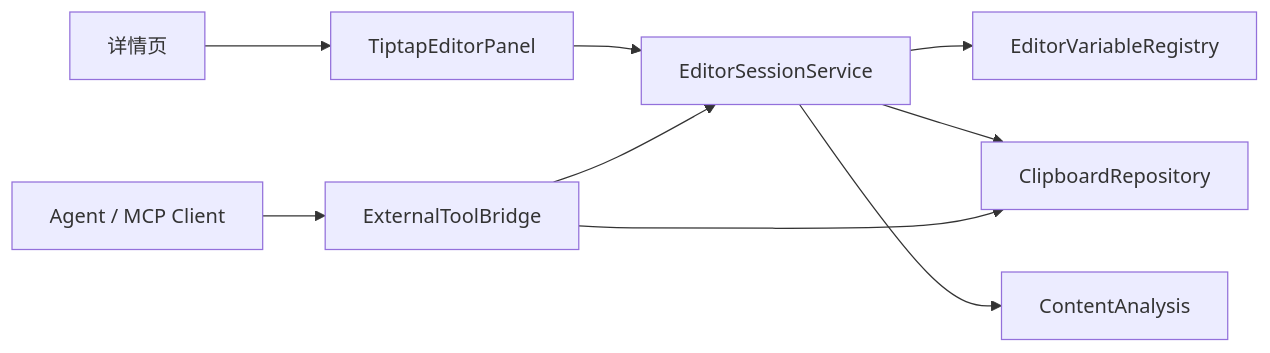
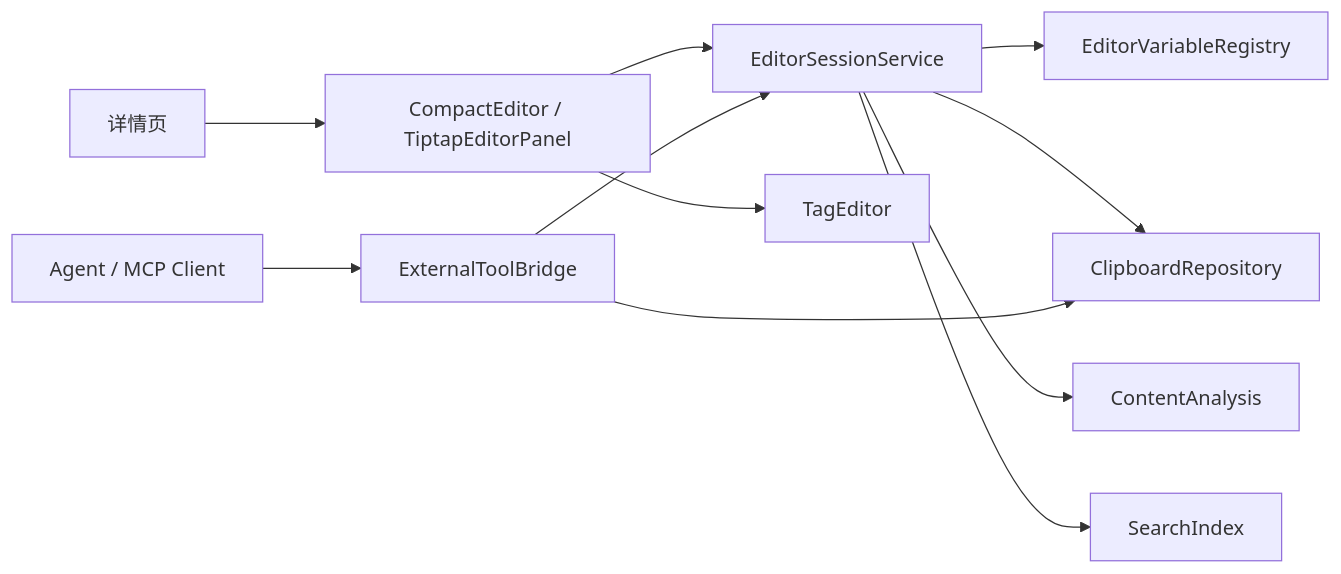
Before and after one commit to embaobao/clipforge: the diagram in openspec/changes/detail-rich-editor-agent-bridge/proposal.md, drawn with Mermaid. The commit also changed other lines of this file and 45 other files, not shown here.

````diff
--- a/openspec/changes/detail-rich-editor-agent-bridge/proposal.md
+++ b/openspec/changes/detail-rich-editor-agent-bridge/proposal.md
@@ -62,11 +69,13 @@
 ```mermaid
 flowchart LR
-  Detail["详情页"] --> Editor["TiptapEditorPanel"]
+  Detail["详情页"] --> Editor["CompactEditor / TiptapEditorPanel"]
   Editor --> Session["EditorSessionService"]
+  Editor --> Tags["TagEditor"]
   Session --> Vars["EditorVariableRegistry"]
   Session --> Clip["ClipboardRepository"]
   Session --> Analysis["ContentAnalysis"]
+  Session --> Search["SearchIndex"]
   Agent["Agent / MCP Client"] --> Bridge["ExternalToolBridge"]
   Bridge --> Session
   Bridge --> Clip
 ```
````
